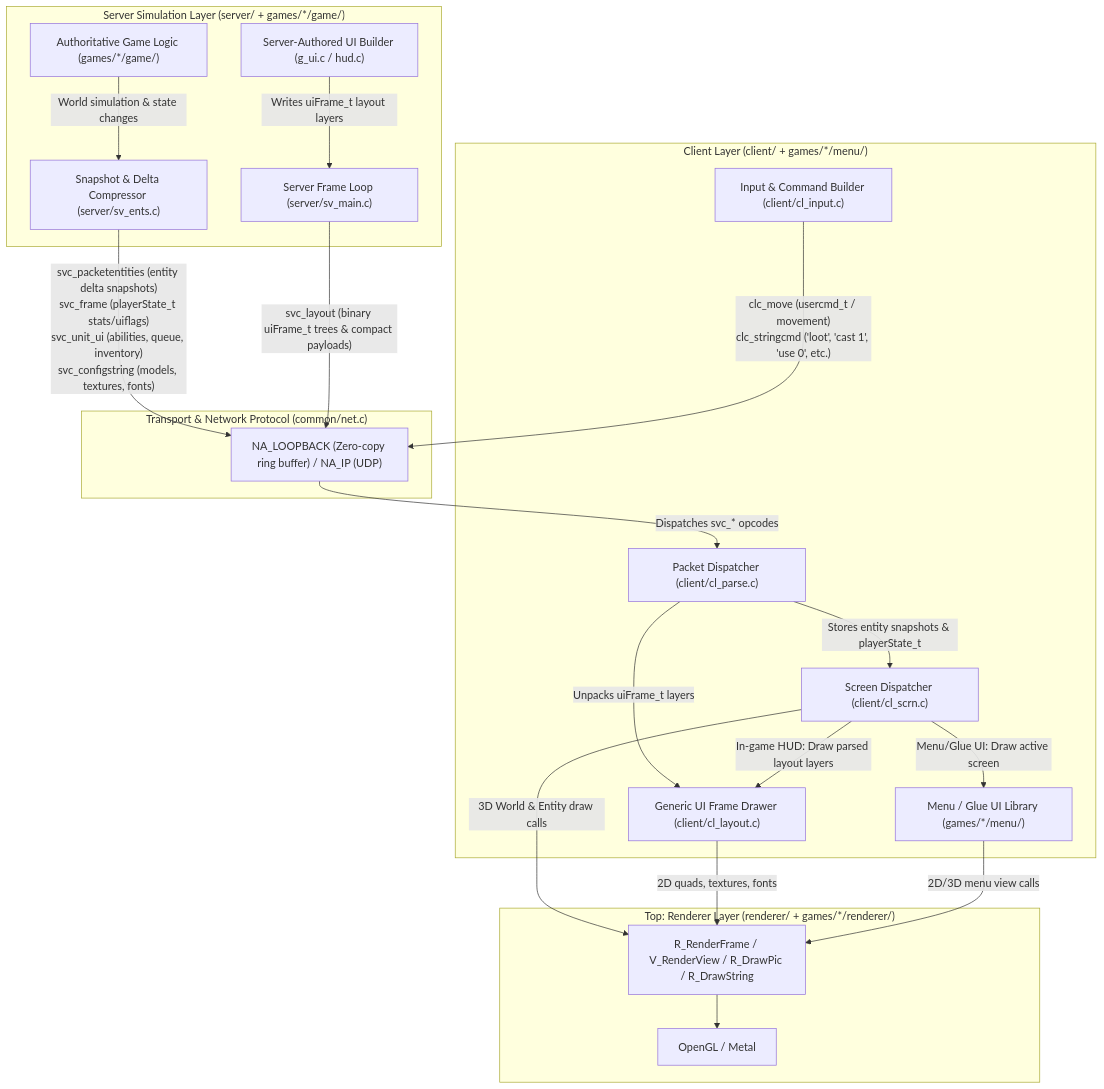
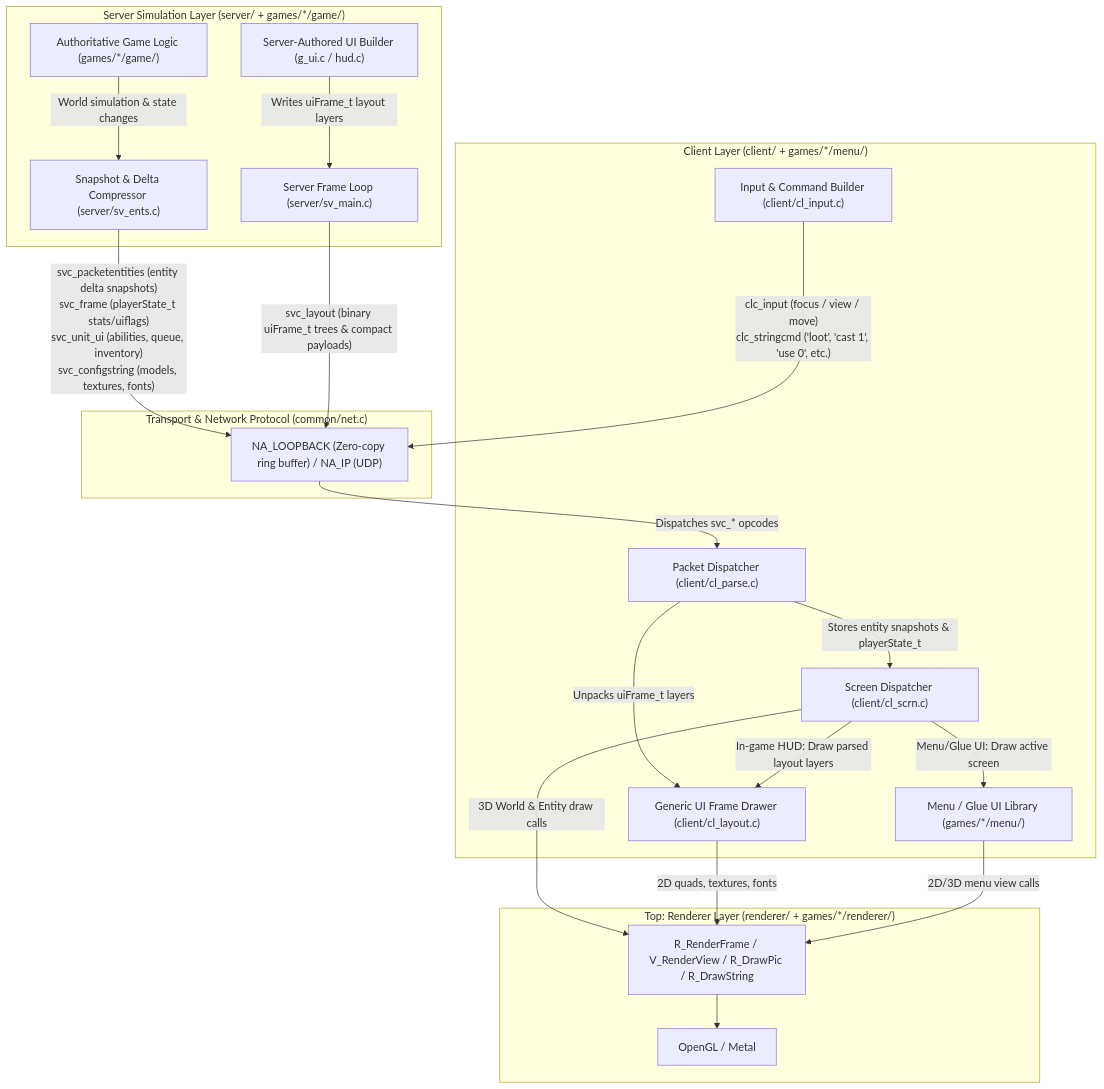
Before and after one commit to corepunch/openwarcraft3: the first of 3 diagrams in ARCHITECTURE.md, drawn with Mermaid. The commit also changed other lines of this file and 32 other files, not shown here.

````diff
--- a/ARCHITECTURE.md
+++ b/ARCHITECTURE.md
@@ -16,44 +14,44 @@
 ```mermaid
 flowchart TB
     subgraph RendererLayer["Top: Renderer Layer (renderer/ + games/*/renderer/)"]
         R_Main["R_RenderFrame / V_RenderView / R_DrawPic / R_DrawString"]
         R_Backends["OpenGL / Metal"]
     end
 
     subgraph ClientPresentation["Client Layer (client/ + games/*/menu/)"]
         SCR["Screen Dispatcher (client/cl_scrn.c)"]
         CL_Layout["Generic UI Frame Drawer (client/cl_layout.c)"]
         UI_Lib["Menu / Glue UI Library (games/*/menu/)"]
         CL_Parse["Packet Dispatcher (client/cl_parse.c)"]
         CL_Input["Input & Command Builder (client/cl_input.c)"]
     end
 
     subgraph NetworkLayer["Transport & Network Protocol (common/net.c)"]
         Loopback["NA_LOOPBACK (Zero-copy ring buffer) / NA_IP (UDP)"]
     end
 
     subgraph ServerLayer["Server Simulation Layer (server/ + games/*/game/)"]
         SV_Main["Server Frame Loop (server/sv_main.c)"]
         SV_Ents["Snapshot & Delta Compressor (server/sv_ents.c)"]
         G_Game["Authoritative Game Logic (games/*/game/)"]
         G_UI["Server-Authored UI Builder (g_ui.c / hud.c)"]
     end
 
     %% Communication channels
     G_Game -->|"World simulation & state changes"| SV_Ents
     G_UI -->|"Writes uiFrame_t layout layers"| SV_Main
     SV_Ents -->|"svc_packetentities (entity delta snapshots)\nsvc_frame (playerState_t stats/uiflags)\nsvc_unit_ui (abilities, queue, inventory)\nsvc_configstring (models, textures, fonts)"| Loopback
     SV_Main -->|"svc_layout (binary uiFrame_t trees & compact payloads)"| Loopback
 
     Loopback -->|"Dispatches svc_* opcodes"| CL_Parse
     CL_Parse -->|"Stores entity snapshots & playerState_t"| SCR
     CL_Parse -->|"Unpacks uiFrame_t layers"| CL_Layout
-    CL_Input -->|"clc_move (usercmd_t / movement)\nclc_stringcmd ('loot', 'cast 1', 'use 0', etc.)"| Loopback
+    CL_Input -->|"clc_input (focus / view / move)\nclc_stringcmd ('loot', 'cast 1', 'use 0', etc.)"| Loopback
 
     SCR -->|"In-game HUD: Draw parsed layout layers"| CL_Layout
     SCR -->|"Menu/Glue UI: Draw active screen"| UI_Lib
     SCR -->|"3D World & Entity draw calls"| R_Main
     CL_Layout -->|"2D quads, textures, fonts"| R_Main
     UI_Lib -->|"2D/3D menu view calls"| R_Main
     R_Main --> R_Backends
 ```
````
